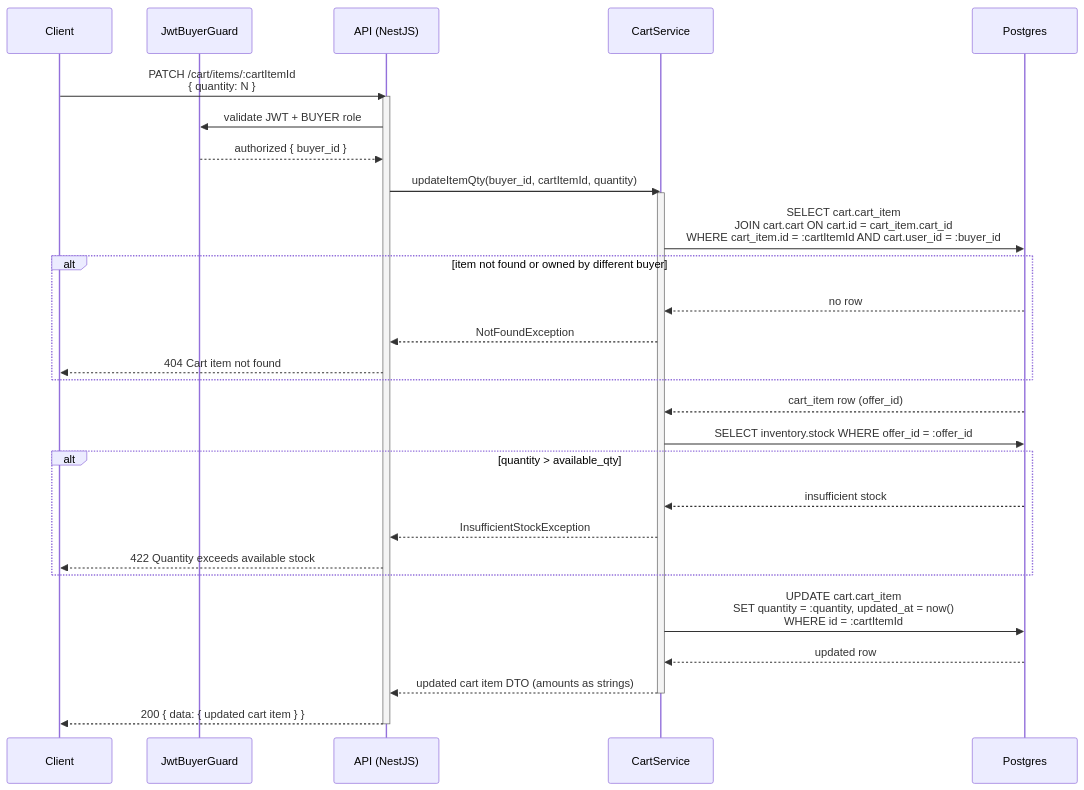
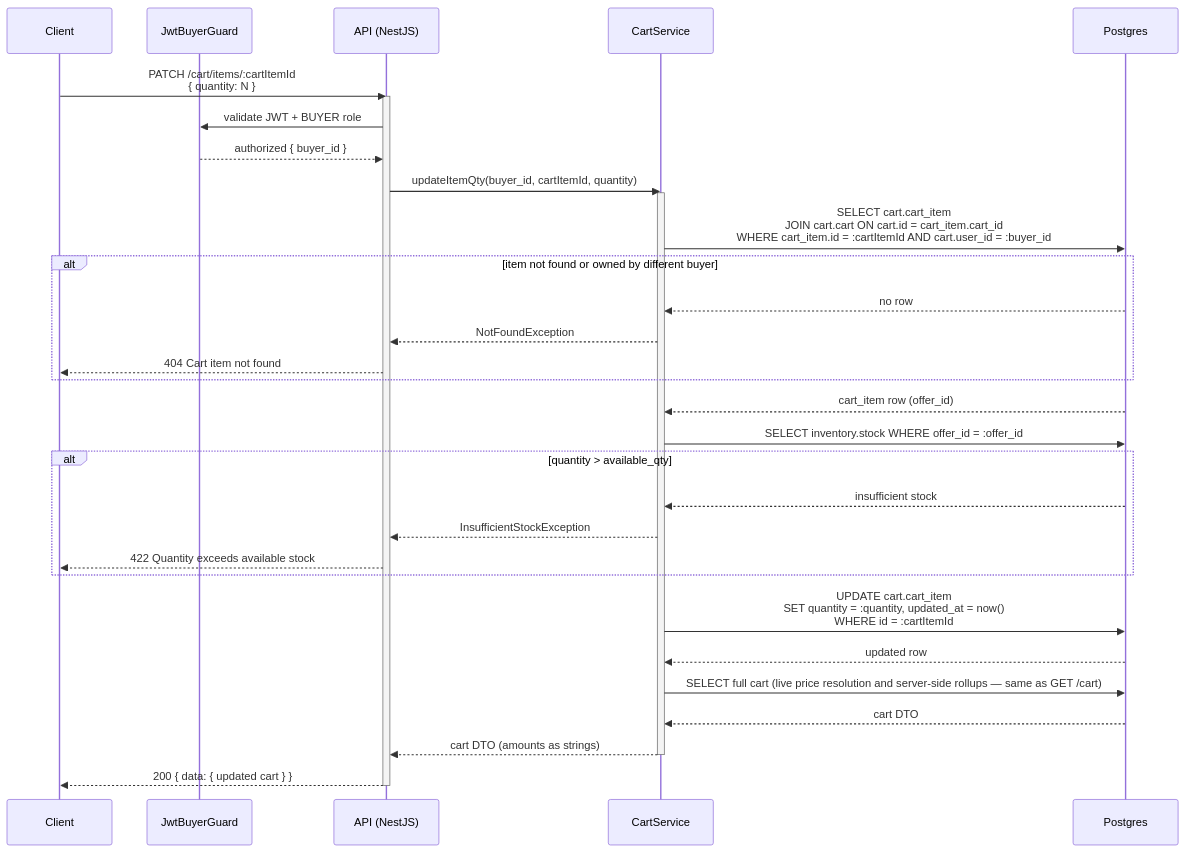
The third of 6 diagrams in phase-1/technical-design/api-design/cart.md (alisa-uthi/aliceut-ecom-document), drawn with Mermaid before and after one commit. The commit also changed other lines of this file and 73 other files, not shown here.

````diff
--- a/phase-1/technical-design/api-design/cart.md
+++ b/phase-1/technical-design/api-design/cart.md
@@ -209,34 +253,36 @@
 ```mermaid
 sequenceDiagram
     participant C as Client
     participant G as JwtBuyerGuard
     participant A as API (NestJS)
     participant S as CartService
     participant P as Postgres
 
     C->>A: PATCH /cart/items/:cartItemId<br/>{ quantity: N }
     activate A
     A->>G: validate JWT + BUYER role
     G-->>A: authorized { buyer_id }
     A->>S: updateItemQty(buyer_id, cartItemId, quantity)
     activate S
     S->>P: SELECT cart.cart_item<br/>JOIN cart.cart ON cart.id = cart_item.cart_id<br/>WHERE cart_item.id = :cartItemId AND cart.user_id = :buyer_id
     alt item not found or owned by different buyer
         P-->>S: no row
         S-->>A: NotFoundException
         A-->>C: 404 Cart item not found
     end
     P-->>S: cart_item row (offer_id)
     S->>P: SELECT inventory.stock WHERE offer_id = :offer_id
     alt quantity > available_qty
         P-->>S: insufficient stock
         S-->>A: InsufficientStockException
         A-->>C: 422 Quantity exceeds available stock
     end
     S->>P: UPDATE cart.cart_item<br/>SET quantity = :quantity, updated_at = now()<br/>WHERE id = :cartItemId
     P-->>S: updated row
-    S-->>A: updated cart item DTO (amounts as strings)
+    S->>P: SELECT full cart (live price resolution and server-side rollups — same as GET /cart)
+    P-->>S: cart DTO
+    S-->>A: cart DTO (amounts as strings)
     deactivate S
-    A-->>C: 200 { data: { updated cart item } }
+    A-->>C: 200 { data: { updated cart } }
     deactivate A
 ```
````
